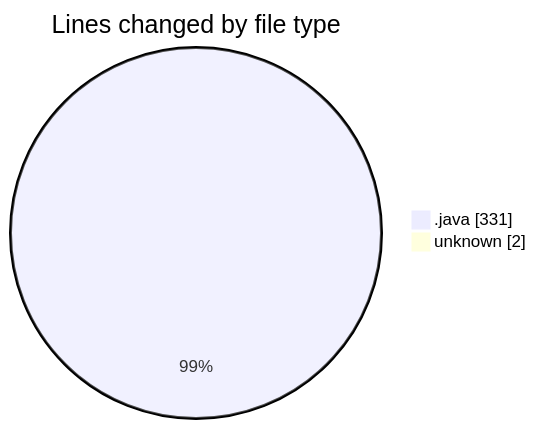
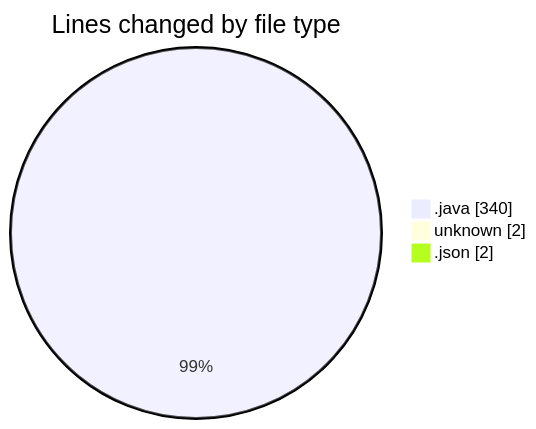
The first of 2 diagrams in 2026-04-10/cilapp/README.md (ricardozamudiocil/code-tracking), drawn with Mermaid before and after one commit. The commit also changed other lines of this file and 1 other file, not shown here.

````diff
--- a/2026-04-10/cilapp/README.md
+++ b/2026-04-10/cilapp/README.md
@@ -26,6 +27,7 @@
 ```mermaid
 pie showData
 title Lines changed by file type
-".java" : 331
+".java" : 340
 "unknown" : 2
+".json" : 2
 ```
````
